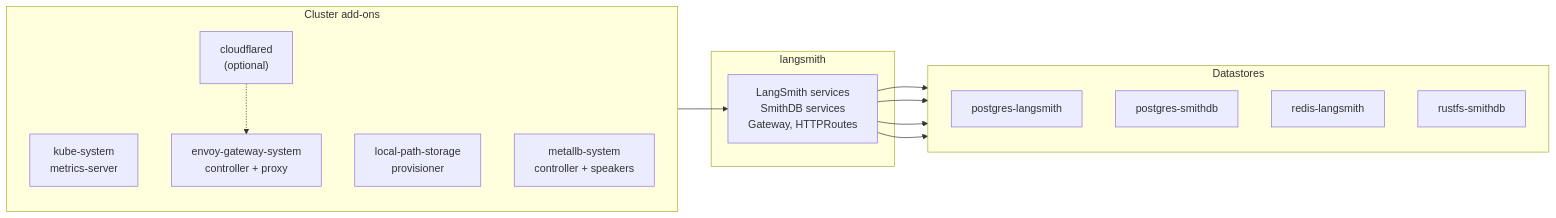
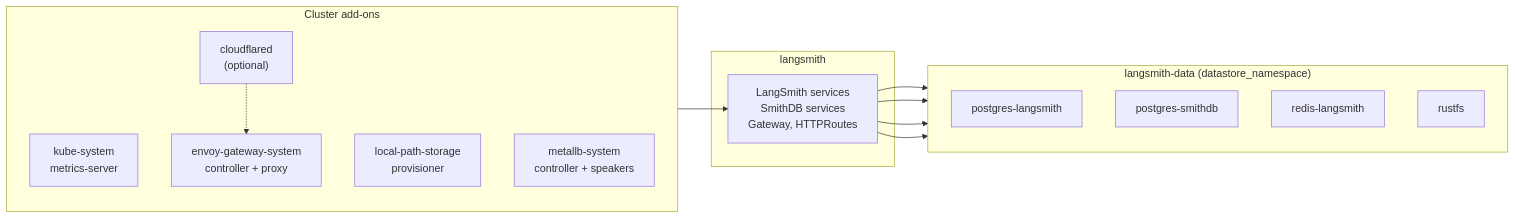
Before and after one commit to langchain-ai/terraform: the first of 3 diagrams in modules/baremetal/ARCHITECTURE.md, drawn with Mermaid. The commit also changed other lines of this file and 57 other files, not shown here.

First line of the commit message:
feat(baremetal): run the datastores from one chart, as StatefulSets or through operators, with every value from a provider-free module

````diff
--- a/modules/baremetal/ARCHITECTURE.md
+++ b/modules/baremetal/ARCHITECTURE.md
@@ -19,24 +19,24 @@
 ```mermaid
 flowchart LR
   subgraph addons["Cluster add-ons"]
     direction TB
     ks["kube-system<br/>metrics-server"]
     lpp["local-path-storage<br/>provisioner"]
     mlb["metallb-system<br/>controller + speakers"]
     eg["envoy-gateway-system<br/>controller + proxy"]
     cfd["cloudflared<br/>(optional)"]
   end
   subgraph appns["langsmith"]
     ls["LangSmith services<br/>SmithDB services<br/>Gateway, HTTPRoutes"]
   end
-  subgraph ds["Datastores"]
+  subgraph ds["langsmith-data (datastore_namespace)"]
     direction TB
     p1["postgres-langsmith"]
     p2["postgres-smithdb"]
     r1["redis-langsmith"]
-    s1["rustfs-smithdb"]
+    s1["rustfs"]
   end
   eg --> ls
   cfd -.-> eg
   ls --> p1 & p2 & r1 & s1
 ```
````
